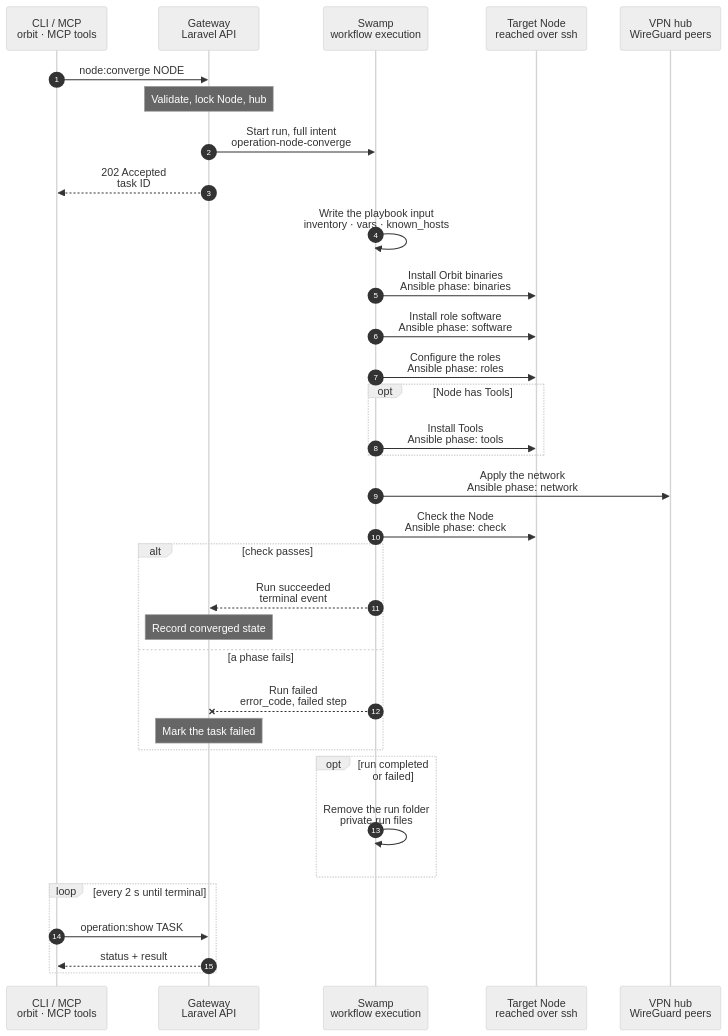
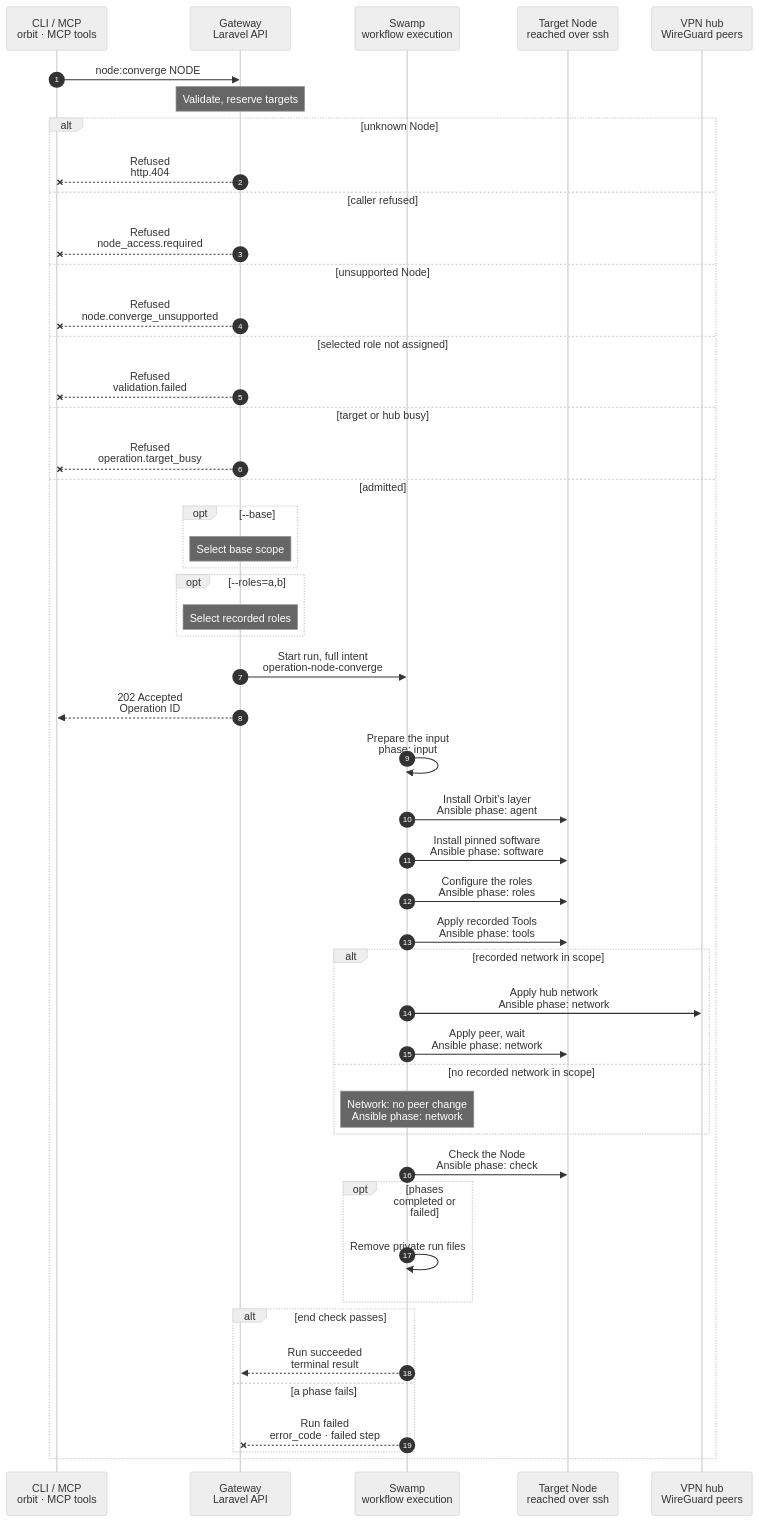
The diagram in docs/cli/node/converge.mmd (hardimpactdev/orbit), drawn with Mermaid (neutral theme) before and after one commit. The commit also changed 2 other files, not shown here.

Commit message:
docs(node): spec for node:converge

```diff
--- a/docs/cli/node/converge.mmd
+++ b/docs/cli/node/converge.mmd
@@ -1,95 +1,132 @@
 sequenceDiagram
-  %% Target design: fleet maintenance redesign (recipe.json read by Ansible, Tools phase last, recipe packages held). docs/reference/node-provisioning.md#converge-the-orbit-footprint.
-  %% status: reviewed
+  %% Target design: fleet maintenance redesign (recipe.json read by Ansible, selected packages held). docs/cli/node/converge.mdx. Phases: input, agent, software, roles, tools, network, check; network applies hub first, then the Node and waits for the handshake.
+  %% status: draft
   %% command: node:converge
   %% kind: node.converge
   autonumber
   %% lane CLI icon=terminal pill=caller tone=gray
   %% lane GW icon=gateway pill=intent tone=blue
   %% lane SW icon=workflow pill=executes tone=green
   %% lane N icon=server pill=target tone=amber
   %% lane H icon=server pill=target tone=purple
   participant CLI as CLI / MCP<br/>orbit · MCP tools
   participant GW as Gateway<br/>Laravel API
   participant SW as Swamp<br/>workflow execution
   participant N as Target Node<br/>reached over ssh
   participant H as VPN hub<br/>WireGuard peers
   CLI->>GW: node:converge NODE
   %%> Command:
   %%> - `orbit node:converge NODE`
-  %%> - syntax: `<node> [--json]`
-  %%> What it does:
-  %%> - brings one Node fully to the release: Orbit binaries, role software, roles, Tools and network
-  %%> - every run applies all phases; each phase skips what already matches
-  %%> Who can call it:
-  %%> - the `orbit` CLI and the MCP tool send the same request
-  Note over GW: Validate, lock Node, hub
+  %%> - syntax: `<node> [--base | --roles=a,b] [--idempotency-key=KEY] [--json]`
+  Note over GW: Validate, reserve targets
   %%> Requirements:
-  %%> - the calling Node has an access grant to the target Node
-  %%> - the target is an active, managed Linux Node (`node.converge_unsupported`)
-  %%> - no other converge runs for the target or the hub; the Gateway holds one lock for each
-  %%> Builds:
-  %%> - targets only: the Node, its active roles, its Tools, its recorded network and the hub
-  %%> - no versions: the playbooks read the pins of the release
-  GW->>SW: Start run, full intent<br/>operation-node-converge
-  GW-->>CLI: 202 Accepted<br/>task ID
-  %%> What you get:
-  %%> - the task ID, at once
-  %%> Next:
-  %%> - the CLI follows the task with `operation:show`
-  SW->>SW: Write the playbook input<br/>inventory · vars · known_hosts
-  %%> Why:
-  %%> - the intent is too large for one environment value, so it goes to a private run file
-  SW->>N: Install Orbit binaries<br/>Ansible phase: binaries
-  %%> Why first:
-  %%> - later phases and Doctor rely on the agent's facts and the `orbit-env` group
-  %%> - it covers the agent's configuration and unit, the `orbit-env` access to Instance `.env` files, and the temporary-file cleanup rule; the agent restarts only when a file changed
-  %%> - the Orbit CLI comes with it, so one converge brings a Node fully to the release
-  SW->>N: Install role software<br/>Ansible phase: software
-  %%> Why:
-  %%> - installs the recipe's common and role tools at their pins, then holds them
-  %%> - the hold keeps Tools from moving tested software; Ubuntu security updates still pass
-  SW->>N: Configure the roles<br/>Ansible phase: roles
-  %%> Best effort:
-  %%> - closing world access on Instance `.env` files and clearing Route residue never fail the run; the next converge tries again
-  opt Node has Tools
-    SW->>N: Install Tools<br/>Ansible phase: tools
-    %%> Why last of the software:
-    %%> - a Tool that needs another version of a held package fails alone; role software stays as tested
+  %%> - access follows the [shared Node authority rule](/cli/node) (`NodeAccessAuthorizer`)
+  %%> - admission uses recorded Node, role, Tool and network state; no live preflight
+  alt unknown Node
+    %% path: unknown-node
+    GW--xCLI: Refused<br/>http.404
+    %%> Result:
+    %%> - no Operation, run or Node change
+  else caller refused
+    %% path: caller-refused
+    GW--xCLI: Refused<br/>node_access.required
+    %%> Result:
+    %%> - no Operation, run or Node change
+  else unsupported Node
+    %% path: unsupported-node
+    GW--xCLI: Refused<br/>node.converge_unsupported
+    %%> Requirements:
+    %%> - the target must be an active, managed Linux Node
+    %%> Result:
+    %%> - no Operation, run or Node change
+  else selected role not assigned
+    %% path: unassigned-role
+    GW--xCLI: Refused<br/>validation.failed
+    %%> Result:
+    %%> - no Operation, run, role assignment or Node change
+  else target or hub busy
+    %% path: target-busy
+    GW--xCLI: Refused<br/>operation.target_busy
+    %%> Result:
+    %%> - no new Operation or run; the existing converge keeps its reservations
+  else admitted
+    %% path: admitted
+    opt --base
+      %% path: base-scope
+      Note over GW: Select base scope
+      %%> What it does:
+      %%> - narrows the admitted intent, without adding or removing assignments
+    end
+    opt --roles=a,b
+      %% path: selected-roles
+      Note over GW: Select recorded roles
+      %%> What it does:
+      %%> - narrows the admitted intent to the selected assignments
+    end
+    GW->>SW: Start run, full intent<br/>operation-node-converge
+    %%> Inputs:
+    %%> - target, scope, recorded roles, Tools, network and vault key names; playbooks read release pins
+    %%> - reserve the Node and its recorded hub until the Operation settles
+    GW-->>CLI: 202 Accepted<br/>Operation ID
+    %%> Result:
+    %%> - execution continues asynchronously under the admitted Operation
+    SW->>SW: Prepare the input<br/>phase: input
+    %%> What it does:
+    %%> - writes private inventory, vars and known_hosts from schema-validated inputs
+    SW->>N: Install Orbit's layer<br/>Ansible phase: agent
+    %%> What it does:
+    %%> - applies the agent, CLI, Orbit-owned files and units; restarts only changed services
+    SW->>N: Install pinned software<br/>Ansible phase: software
+    %%> What it does:
+    %%> - reads recipe.json and holds its selected packages at their pins
+    SW->>N: Configure the roles<br/>Ansible phase: roles
+    %%> What it does:
+    %%> - repairs selected role configuration without changing an Instance or role assignment
+    SW->>N: Apply recorded Tools<br/>Ansible phase: tools
     %%> On a Tool failure:
-    %%> - the phase goes on with the other Tools and returns each Tool's result; only that Tool is marked failed
+    %%> - continue with the other Tools and mark only that Tool failed
+    alt recorded network in scope
+      %% path: recorded-network
+      SW->>H: Apply hub network<br/>Ansible phase: network
+      %%> What it does:
+      %%> - applies the recorded hub side before the peer; matching configuration is unchanged
+      SW->>N: Apply peer, wait<br/>Ansible phase: network
+      %%> What it does:
+      %%> - applies the recorded Node side and waits for the tunnel handshake
+      %%> - both arrows are one phase; the peer arrow is only for a peer target
+      %%> - a target hub is applied once and needs no handshake without peers
+    else no recorded network in scope
+      %% path: no-recorded-network
+      Note over SW: Network: no peer change<br/>Ansible phase: network
+      %%> Result:
+      %%> - the phase has no recorded configuration or handshake to apply
+    end
+    SW->>N: Check the Node<br/>Ansible phase: check
+    %%> What it does:
+    %%> - checks the selected software, units and role configuration, plus the recorded tunnel
+    %%> - all seven phases run in order, idempotently; an empty scope item needs no mutation
+    opt phases completed or failed
+      %% path: cleanup
+      SW->>SW: Remove private run files
+      %%> What it does:
+      %%> - declared cleanup waits for Node work to stop and removes only this run's files
+      %%> - preserve the original failure and expose incomplete cleanup; interruption proves no cleanup
+    end
+    alt end check passes
+      %% path: succeeded
+      SW-->>GW: Run succeeded<br/>terminal result
+      %%> Result:
+      %%> - the shared reader marks the Operation succeeded and records each Tool's result
+      %%> - a repeat is another full run, not an admission skip; matching tasks report zero changes
+    else a phase fails
+      %% path: phase-failed
+      SW--xGW: Run failed<br/>error_code · failed step
+      %%> Result:
+      %%> - stop at the failed phase and mark the Operation failed; later phases do not run
+      %%> - unreachable targets fail here, not at a live admission check
+      %%> On the Node:
+      %%> - completed and partial changes remain; no rollback and no Instance or assignment change
+      %%> Retry:
+      %%> - a new attempt starts at input and reapplies every phase safely
+    end
   end
-  SW->>H: Apply the network<br/>Ansible phase: network
-  %%> Why one phase on both Nodes:
-  %%> - the peer and the hub change together; the hub first, then the Node, then a wait for the handshake
-  %%> - no drift writes no file and reloads nothing
-  SW->>N: Check the Node<br/>Ansible phase: check
-  %%> Why:
-  %%> - the one end check: role software, units, sites and a recent handshake
-  %%> - a hub with no peers has no handshake to check, and a Node with no recorded hub skips the network phase
-  alt check passes
-    SW-->>GW: Run succeeded<br/>terminal event
-    %%> How the Gateway learns it:
-    %%> - its shared run reader sees the terminal event; Swamp never calls the Gateway
-    Note over GW: Record converged state
-    %%> Result:
-    %%> - the task succeeds; a failed Tool is marked failed on its own record
-  else a phase fails
-    SW--xGW: Run failed<br/>error_code, failed step
-    Note over GW: Mark the task failed
-    %%> Result:
-    %%> - the task fails with the failed phase
-    %%> On the Node:
-    %%> - finished phases stay; there is no rollback
-    %%> Retry:
-    %%> - run the same command again: it starts from the first phase and skips what matches
-  end
-  opt run completed or failed
-    SW->>SW: Remove the run folder<br/>private run files
-    %%> Why:
-    %%> - the intent, inventory and any secrets do not outlive the run, whatever its result
-  end
-  loop every 2 s until terminal
-    CLI->>GW: operation:show TASK
-    GW-->>CLI: status + result
-  end
```
